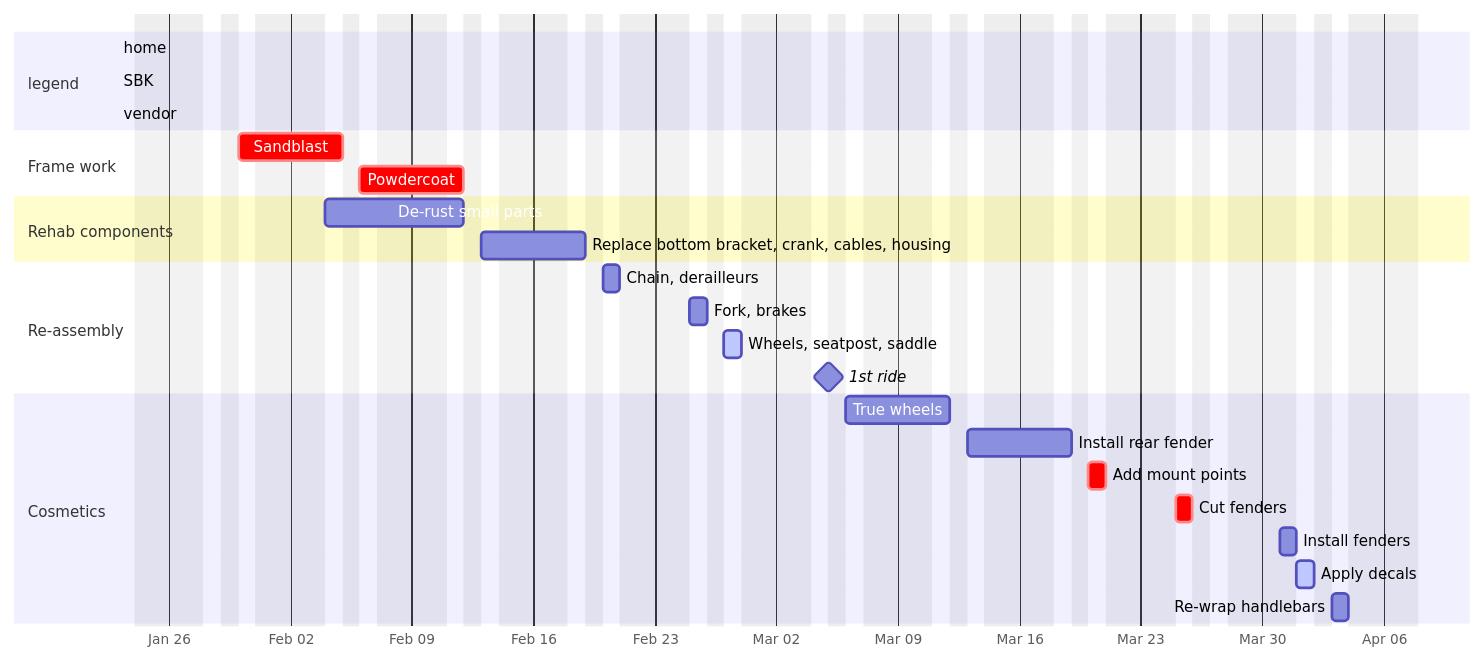
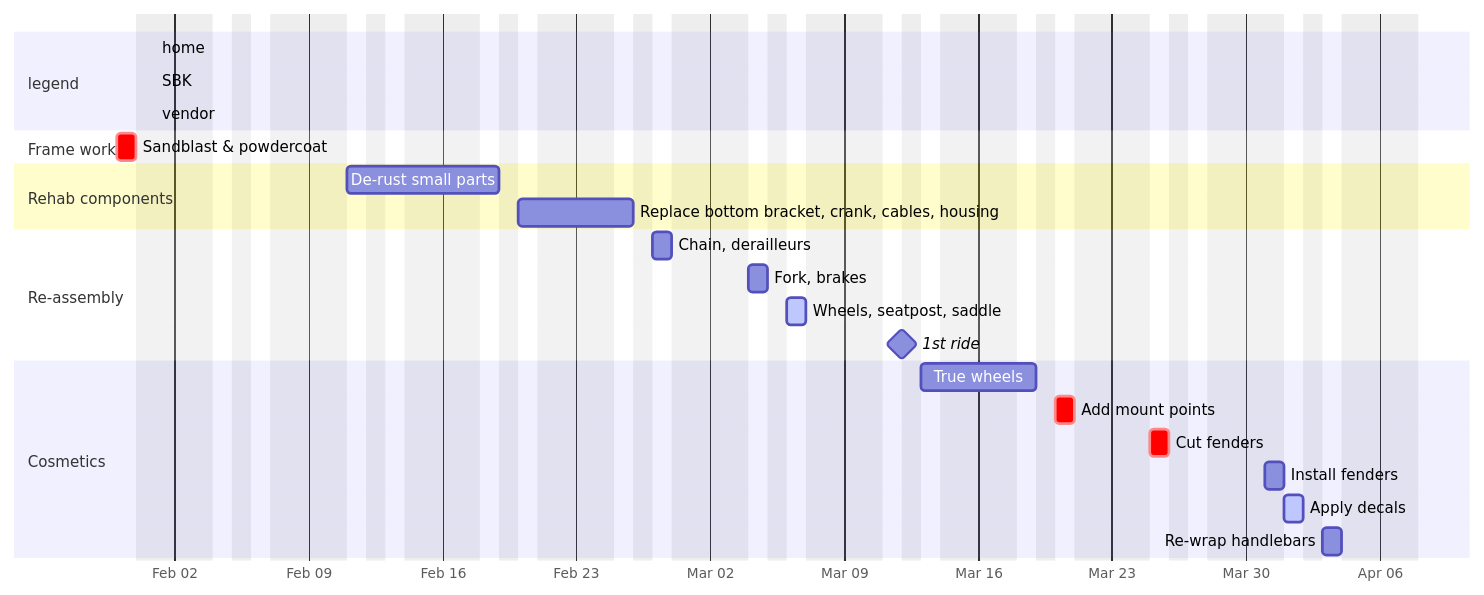
Before and after one commit to runkelcorey/blog: the diagram in posts/2025-01-31-ready-for-paint/index.qmd, drawn with Mermaid. The commit also changed other lines of this file and 23 other files, not shown here.

````diff
--- a/posts/2025-01-31-ready-for-paint/index.qmd
+++ b/posts/2025-01-31-ready-for-paint/index.qmd
@@ -51,30 +50,28 @@
 ```{mermaid}
 gantt
   axisFormat %b %d
   tickInterval 1week
   excludes monday, wednesday, friday, weekends
   todayMarker off
   section legend
-    home :active, 2025-01-23, 2025-01-29
-    SBK : 2025-01-23, 2025-01-29
-    vendor :crit, 2025-01-23, 2025-01-29
+    home :active, 2025-02-01, 2025-02-08
+    SBK : 2025-02-01, 2025-02-08
+    vendor :crit, 2025-02-01, 2025-02-08
   section Frame work
-    Sandblast :crit, 2025-01-30, 2d
-    Powdercoat :crit, 2d
+    Sandblast & powdercoat :crit, 2025-01-30, 1d
   section Rehab components
-    De-rust small parts :2025-02-04, 3d
+    De-rust small parts :2025-02-11, 3d
     Replace bottom bracket, crank, cables, housing :2d
   section Re-assembly
     Chain, derailleurs :1d
     Fork, brakes :1d
     Wheels, seatpost, saddle :active, 1d
   1st ride :milestone, 1d
   section Cosmetics
     True wheels :2d
-    Install rear fender :2d
     Add mount points :crit, 1d
     Cut fenders :crit, 1d
     Install fenders :2025-03-31, 1d
     Apply decals :active, 1d
     Re-wrap handlebars :1d
 ```
````
